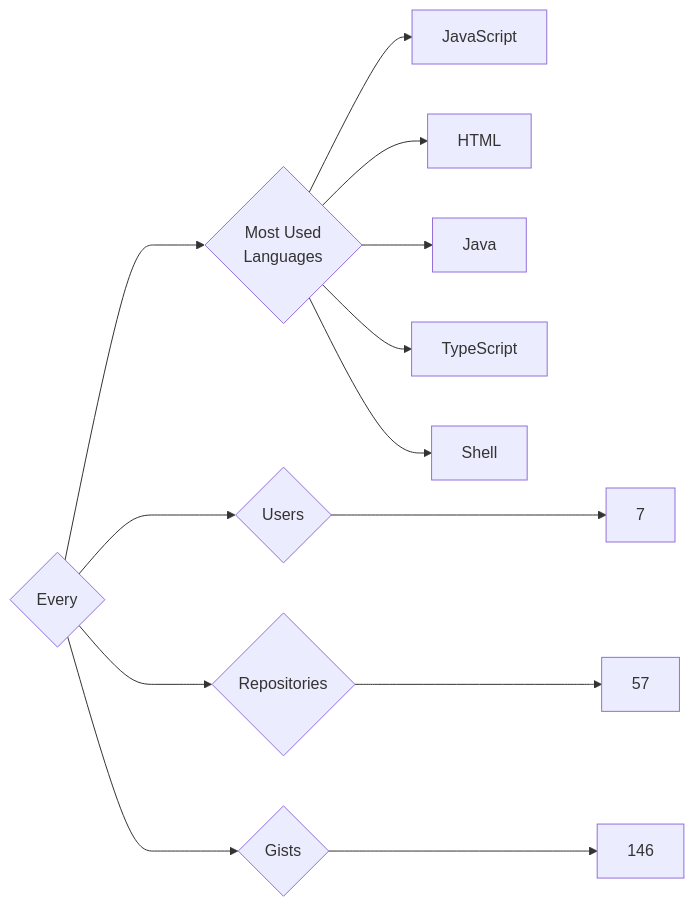
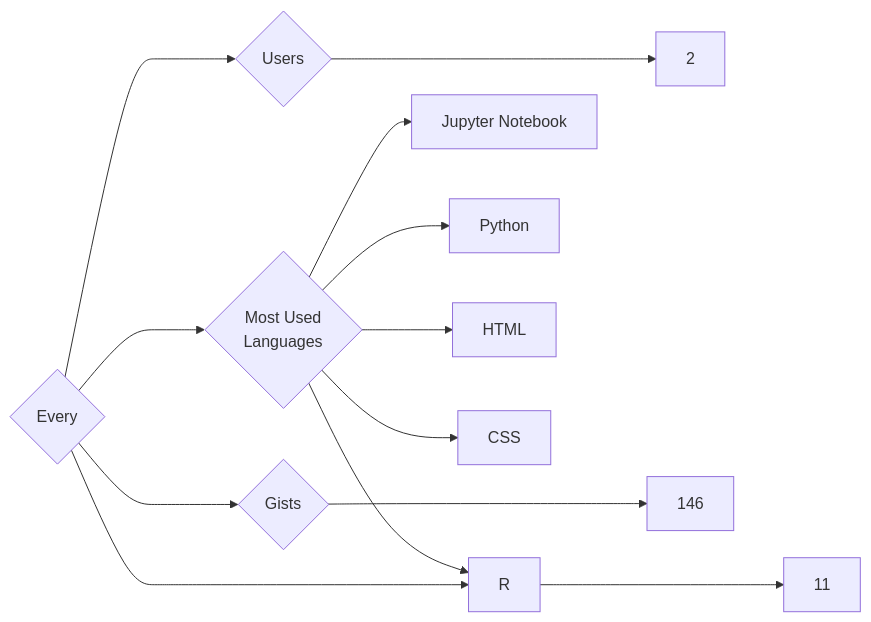
One commit to trickest/insiders changed the diagram in targets/Every/README.md. Above: the diagram before and after it, drawn with Mermaid. The commit also changed 1123 other files, not shown here.

````diff
--- a/targets/Every/README.md
+++ b/targets/Every/README.md
@@ -3,13 +3,13 @@
 ```mermaid
 graph LR
 COMPANY_NAME{Every}
-COMPANY_NAME ---> U{Users} ---> UN[7]
-COMPANY_NAME ---> R{Repositories} ---> RN[57]
+COMPANY_NAME ---> U{Users} ---> UN[2]
+COMPANY_NAME ---> R{Repositories} ---> RN[11]
 COMPANY_NAME ---> G{Gists} ---> GN[146]
 COMPANY_NAME ---> ML{Most Used<br>Languages}
-ML --> JavaScript[JavaScript]
+ML --> Jupyter_Notebook[Jupyter Notebook]
+ML --> R[R]
+ML --> Python[Python]
 ML --> HTML[HTML]
-ML --> Java[Java]
-ML --> TypeScript[TypeScript]
-ML --> Shell[Shell]
+ML --> CSS[CSS]
 ```
````
